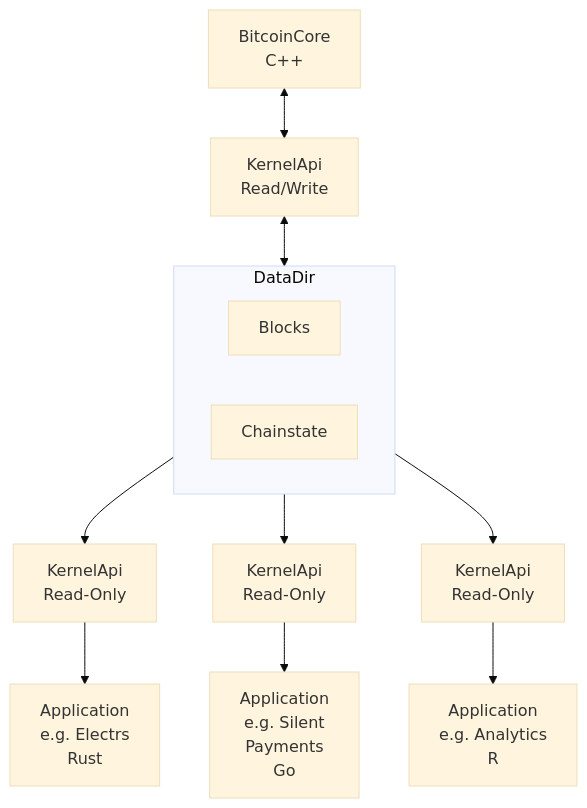
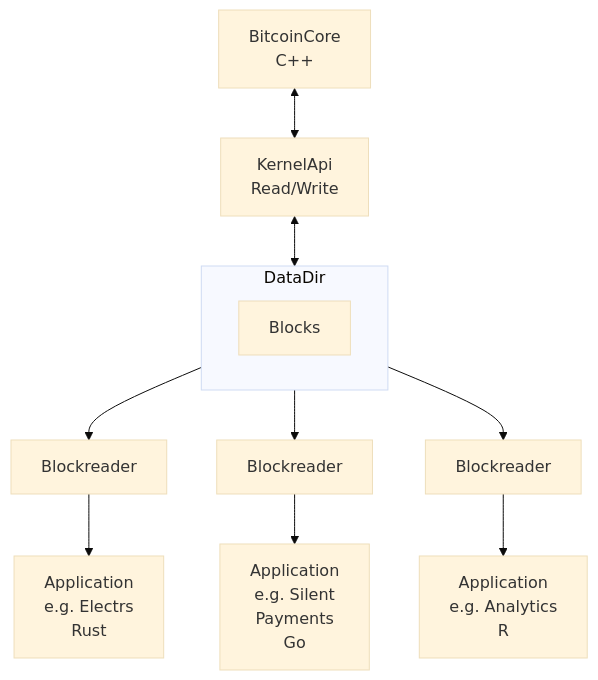
Before and after one commit to alexanderwiederin/bitcoinkernel-blockreader: the second of 2 diagrams in README.md, drawn with Mermaid (base theme).

Commit message:
rename diagram kernelApi to blockreader

````diff
--- a/README.md
+++ b/README.md
@@ -75,20 +75,19 @@
 ```mermaid
 graph TB
     BC[BitcoinCore<br/>C++] <--> K1[KernelApi<br/>Read/Write]
     K1 <--> DD
     
-    K2[KernelApi<br/>Read-Only] --> A1[Application<br/>e.g. Electrs<br/>Rust]
+    K2[Blockreader] --> A1[Application<br/>e.g. Electrs<br/>Rust]
     
     subgraph DD [DataDir]
         BI[Blocks]
-        CS[Chainstate]
     end
     
-    K4[KernelApi<br/>Read-Only] --> A3[Application<br/>e.g. Analytics<br/>R]
+    K4[Blockreader] --> A3[Application<br/>e.g. Analytics<br/>R]
     
     DD --> K2
-    DD --> K3[KernelApi<br/>Read-Only]
+    DD --> K3[Blockreader]
     DD --> K4
     
     K3 --> A2[Application<br/>e.g. Silent<br/>Payments<br/>Go]
 ```
````
